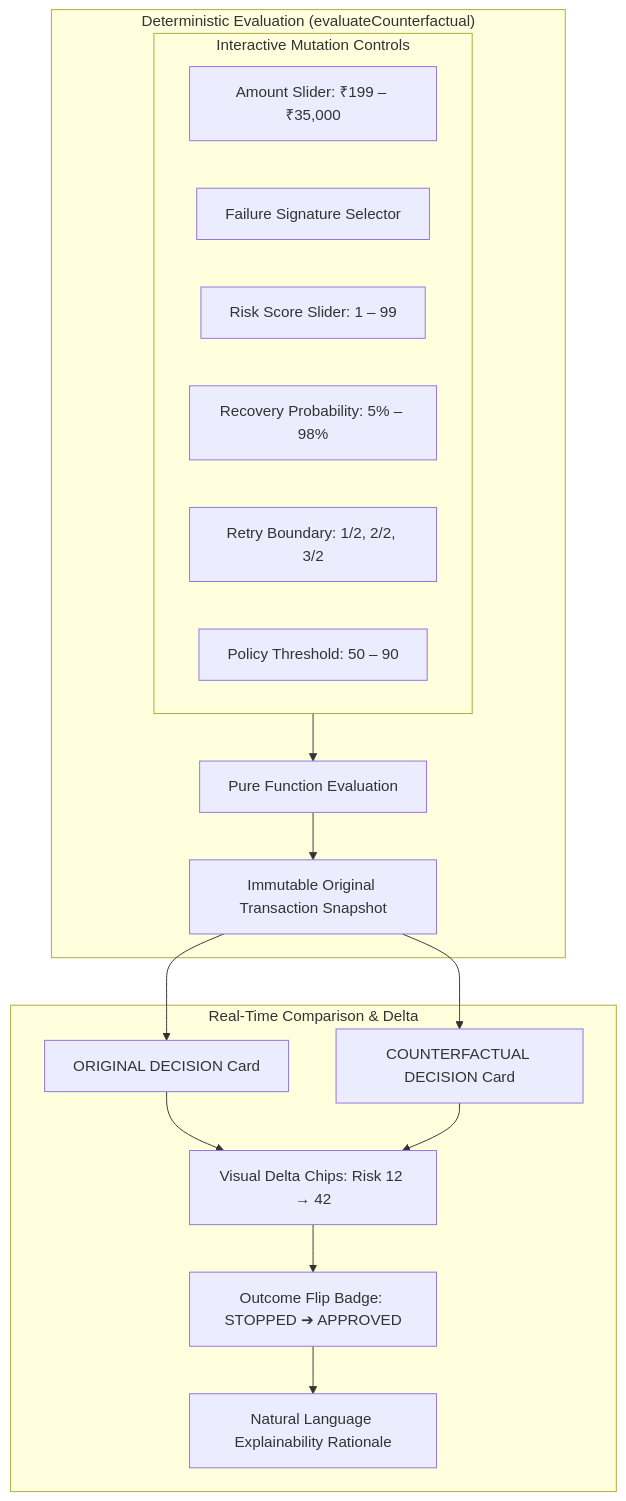
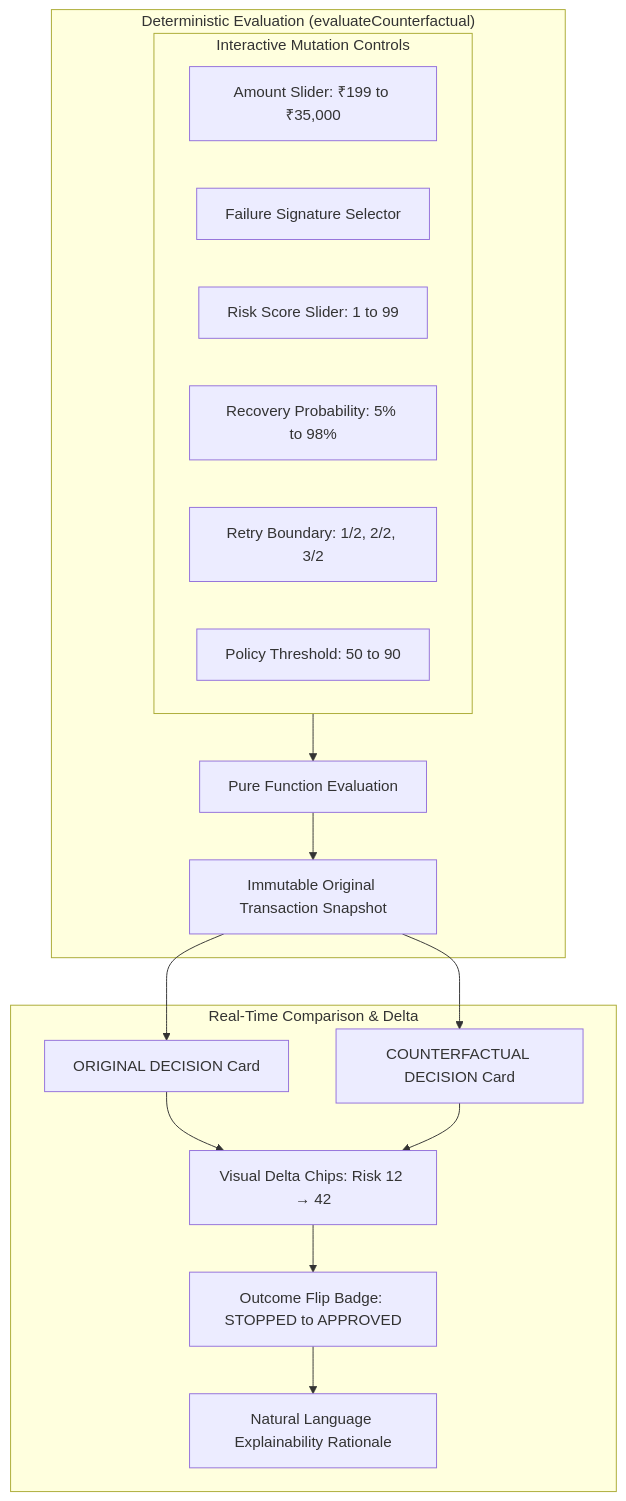
One commit to Lokeshwar2005/razorrecover-ai changed the fifth of 6 diagrams in README.md. Above: the diagram before and after it, drawn with Mermaid. The commit also changed other lines of this file, not shown here.

Commit message:
docs: fix Mermaid syntax quotes for GitHub rich display rendering

````diff
--- a/README.md
+++ b/README.md
@@ -227,24 +227,24 @@
 ```mermaid
-graph TD
+flowchart TD
     subgraph CONTROLS["Interactive Mutation Controls"]
-        C1[Amount Slider: ₹199 – ₹35,000]
-        C2[Failure Signature Selector]
-        C3[Risk Score Slider: 1 – 99]
-        C4[Recovery Probability: 5% – 98%]
-        C5[Retry Boundary: 1/2, 2/2, 3/2]
-        C6[Policy Threshold: 50 – 90]
+        C1["Amount Slider: ₹199 to ₹35,000"]
+        C2["Failure Signature Selector"]
+        C3["Risk Score Slider: 1 to 99"]
+        C4["Recovery Probability: 5% to 98%"]
+        C5["Retry Boundary: 1/2, 2/2, 3/2"]
+        C6["Policy Threshold: 50 to 90"]
     end
 
     subgraph ENGINE["Deterministic Evaluation (evaluateCounterfactual)"]
-        CONTROLS --> E1[Pure Function Evaluation]
-        E1 --> E2[Immutable Original Transaction Snapshot]
+        CONTROLS --> E1["Pure Function Evaluation"]
+        E1 --> E2["Immutable Original Transaction Snapshot"]
     end
 
     subgraph COMPARISON["Real-Time Comparison & Delta"]
-        E2 --> D1[ORIGINAL DECISION Card]
-        E2 --> D2[COUNTERFACTUAL DECISION Card]
-        D1 & D2 --> D3[Visual Delta Chips: Risk 12 → 42]
-        D3 --> D4[Outcome Flip Badge: STOPPED ➔ APPROVED]
-        D4 --> D5[Natural Language Explainability Rationale]
+        E2 --> D1["ORIGINAL DECISION Card"]
+        E2 --> D2["COUNTERFACTUAL DECISION Card"]
+        D1 & D2 --> D3["Visual Delta Chips: Risk 12 → 42"]
+        D3 --> D4["Outcome Flip Badge: STOPPED to APPROVED"]
+        D4 --> D5["Natural Language Explainability Rationale"]
     end
 ```
````
